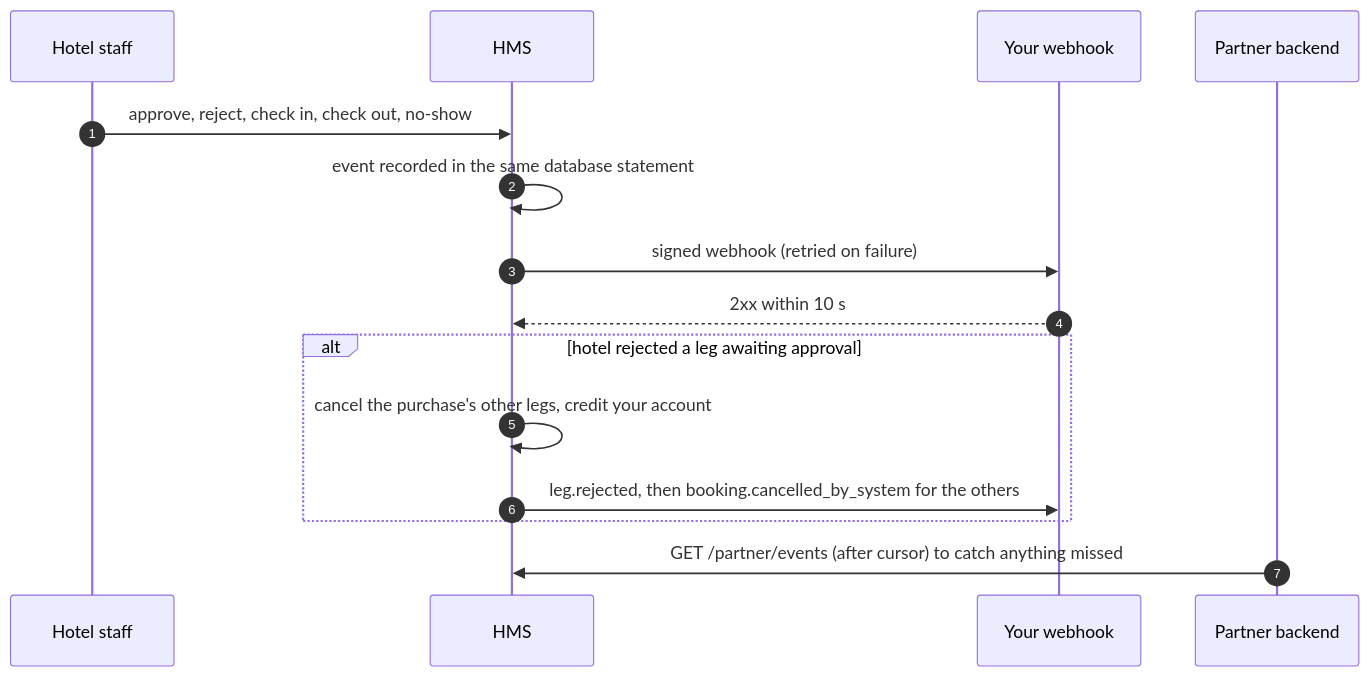
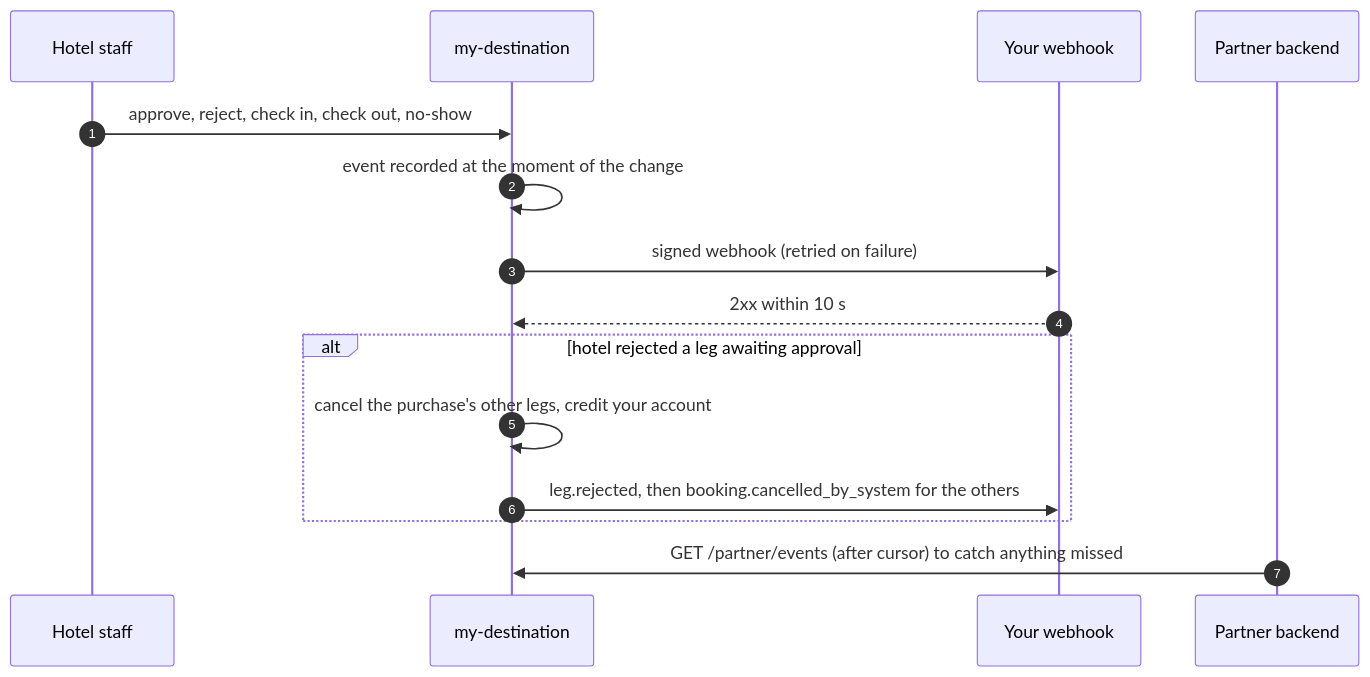
One commit to Aashir-Adnan/UBS-Doc changed the sixth of 6 diagrams in docs/hms-documentation/visits/partner-integration-guide.md. Above: the diagram before and after it, drawn with Mermaid. The commit also changed other lines of this file and 24 other files, not shown here.

````diff
--- a/docs/hms-documentation/visits/partner-integration-guide.md
+++ b/docs/hms-documentation/visits/partner-integration-guide.md
@@ -342,17 +371,17 @@
 ```mermaid
 sequenceDiagram
   autonumber
   participant HS as Hotel staff
-  participant H as HMS
+  participant H as my-destination
   participant W as Your webhook
   participant P as Partner backend
   HS->>H: approve, reject, check in, check out, no-show
-  H->>H: event recorded in the same database statement
+  H->>H: event recorded at the moment of the change
   H->>W: signed webhook (retried on failure)
   W-->>H: 2xx within 10 s
   alt hotel rejected a leg awaiting approval
     H->>H: cancel the purchase's other legs, credit your account
     H->>W: leg.rejected, then booking.cancelled_by_system for the others
   end
   P->>H: GET /partner/events (after cursor) to catch anything missed
 ```
````
